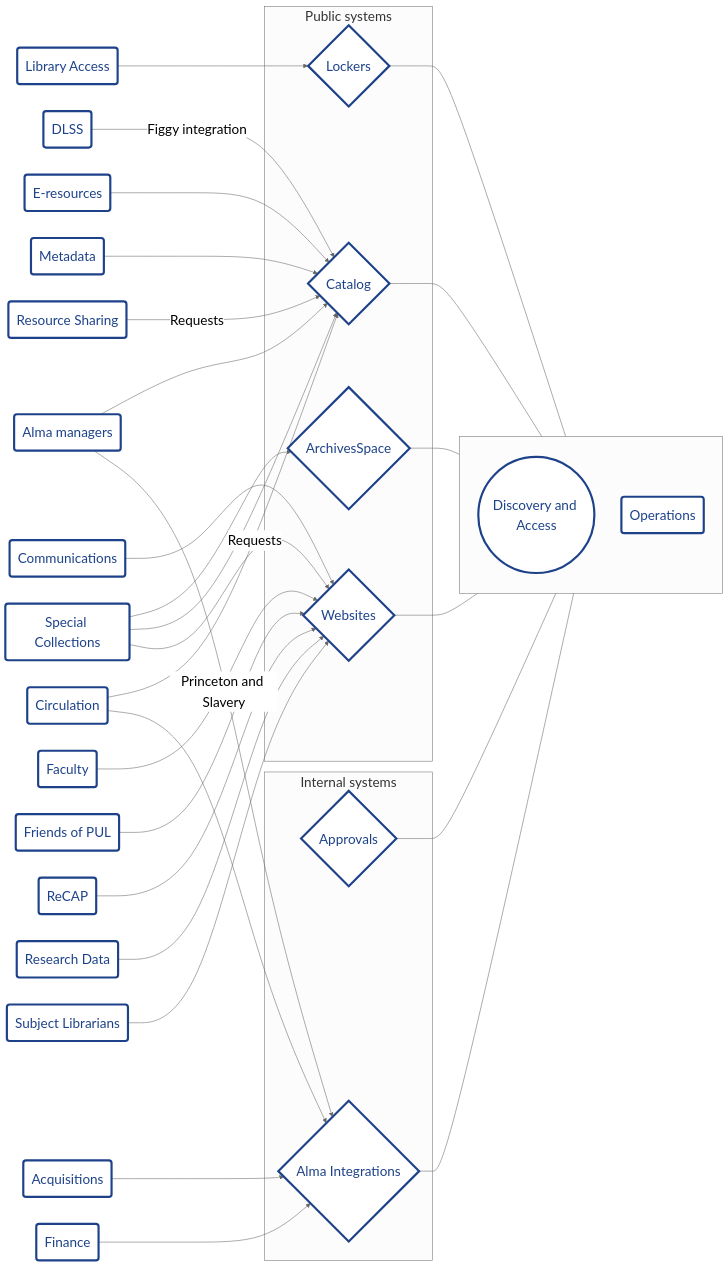
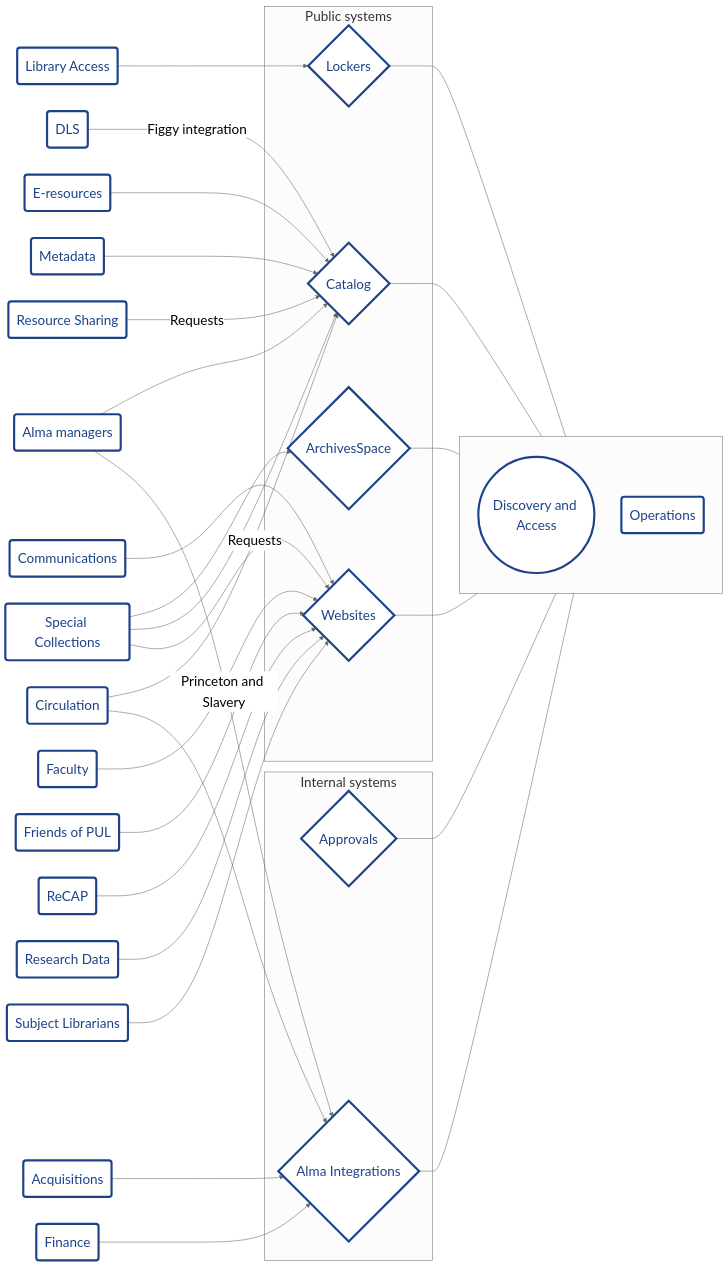
Before and after one commit to pulibrary/das_handbook: the diagram in collaborations.md, drawn with Mermaid.

Commit message:
DLSS --> DLS

````diff
--- a/collaborations.md
+++ b/collaborations.md
@@ -3,79 +3,79 @@
 ```mermaid
 flowchart LR
 %%{init: {'theme': 'neutral', 'themeVariables': { 'fontSize': '25px'}}}%%
     classDef default fill:#fff,stroke:#1d4289,color:#1d4289,stroke-width:4px;
 
     dacs((Discovery and Access))
 
     %% Collaborators
     access(Library Access)
     alma(Alma managers)
     acq(Acquisitions)
     circulation(Circulation)
     communications(Communications)
-    dlss(DLSS)
+    dls(DLS)
     eresources(E-resources)
     faculty(Faculty)
     finance(Finance)
     fpul(Friends of PUL)
     metadata(Metadata)
     ops(Operations)
     recap(ReCAP)
     research(Research Data)
     resource(Resource Sharing)
     special(Special Collections)
     subject(Subject Librarians)
 
 
     %% Systems
     subgraph Internal systems
       approvals{Approvals}
       alma-integrations{Alma Integrations}
     end
     subgraph Public systems
       aspace{ArchivesSpace}
       catalog{Catalog}
       lockers{Lockers}
       websites{Websites}
     end
     subgraph IT[" "]
       dacs
       ops
     end
 
     %% Relationships
     access-->lockers
 
     lockers---IT
     catalog---IT
     aspace---IT
     websites---IT
     approvals---IT
     alma-integrations---IT
 
     special-->aspace
 
     alma-->catalog
     circulation--Requests-->catalog
-    dlss--Figgy integration-->catalog
+    dls--Figgy integration-->catalog
     eresources-->catalog
     metadata-->catalog
     resource--Requests-->catalog
     special-->catalog
 
 
     communications-->websites
     faculty--Princeton and Slavery-->websites
     fpul-->websites
     recap-->websites
     research-->websites
     special-->websites
     subject-->websites
     
     alma-->alma-integrations
     acq-->alma-integrations
     circulation-->alma-integrations
     finance-->alma-integrations
 
 
 ```
````
